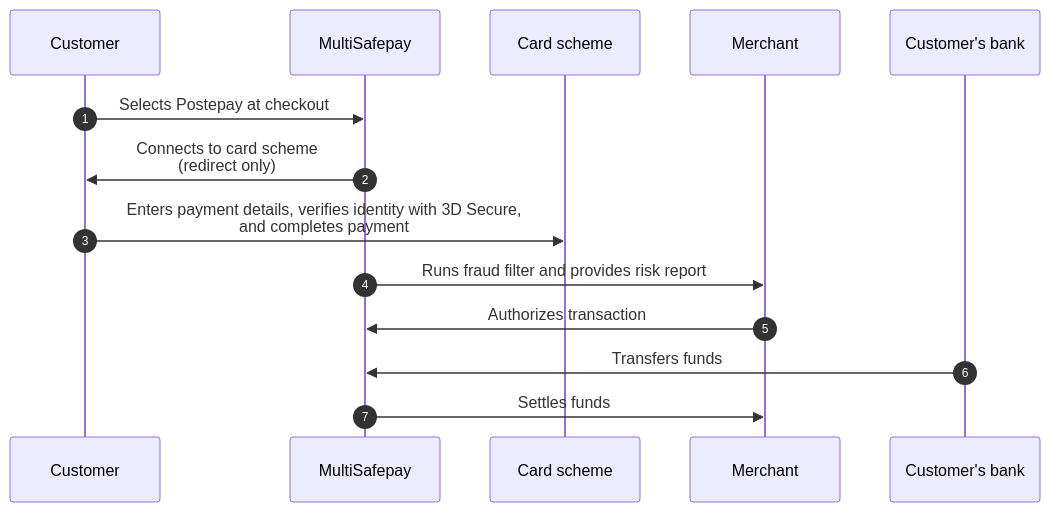
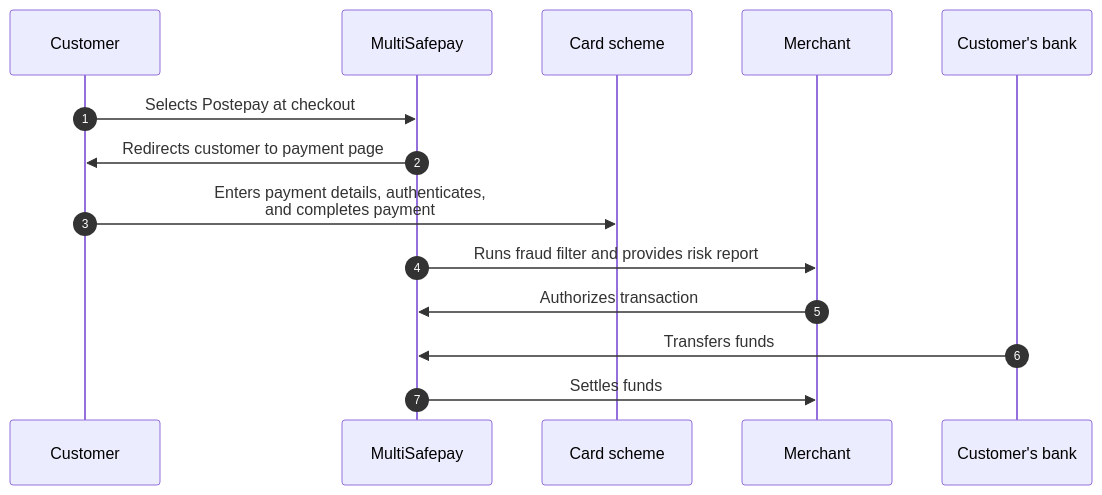
Before and after one commit to MultiSafepay/docs: the diagram in content/payments/methods/credit-and-debit-cards/postepay/payment-flow.md, drawn with Mermaid. The commit also changed other lines of this file and 20 other files, not shown here.

```diff
--- a/content/payments/methods/credit-and-debit-cards/postepay/payment-flow.md
+++ b/content/payments/methods/credit-and-debit-cards/postepay/payment-flow.md
@@ -16,19 +16,19 @@
 {{< mermaid class="text-center" >}}
 
 sequenceDiagram
     autonumber
     participant C as Customer
     participant Mu as MultiSafepay
     participant CS as Card scheme
     participant Me as Merchant
     participant CB as Customer's bank
 
     C->>Mu: Selects Postepay at checkout
-    Mu->>C: Connects to card scheme <br> (redirect only)
-    C->>CS: Enters payment details, verifies identity with  3D Secure, <br> and completes payment
+    Mu->>C: Redirects customer to payment page
+    C->>CS: Enters payment details, authenticates, <br> and completes payment
     Mu->>Me: Runs fraud filter and provides risk report
     Me->>Mu: Authorizes transaction
     CB->>Mu: Transfers funds 
     Mu->>Me: Settles funds
 
 {{< /mermaid >}}
```
